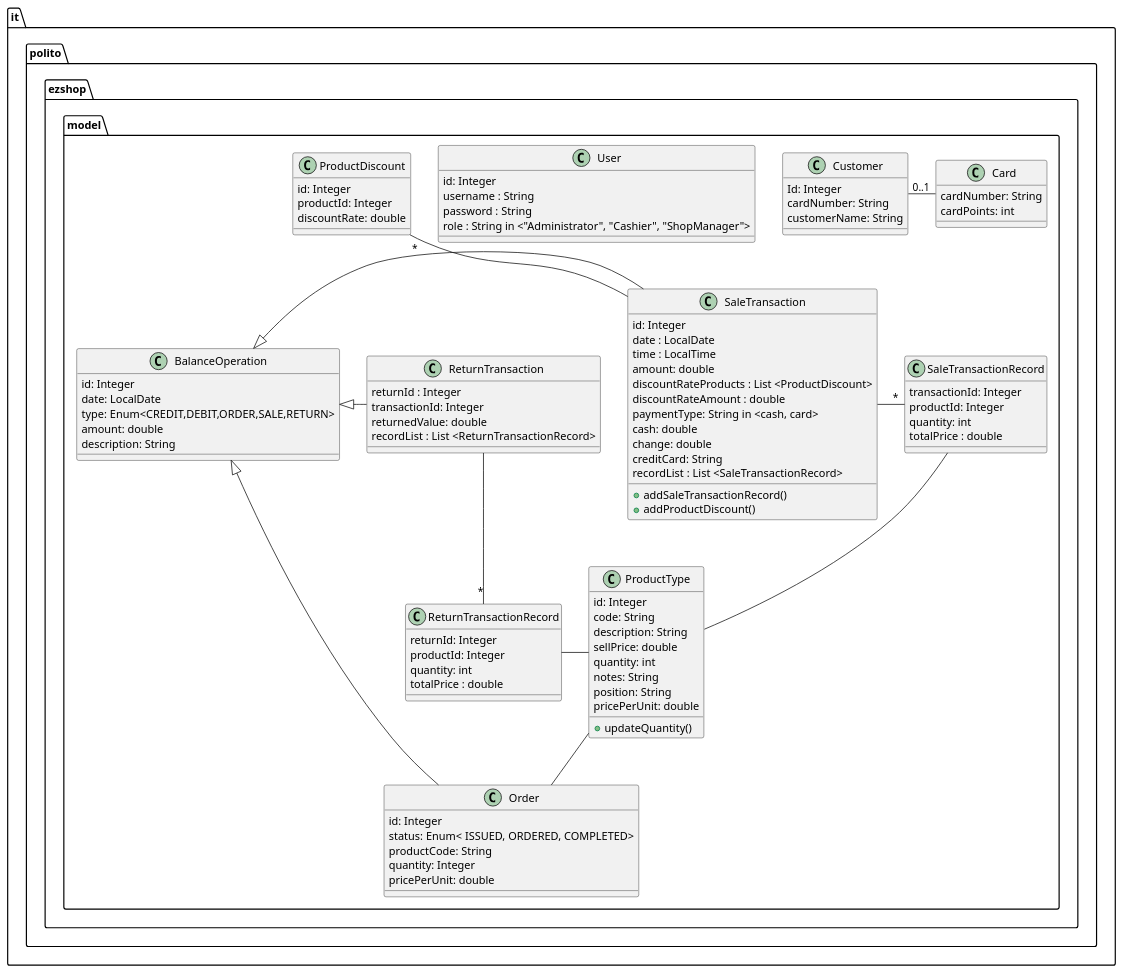
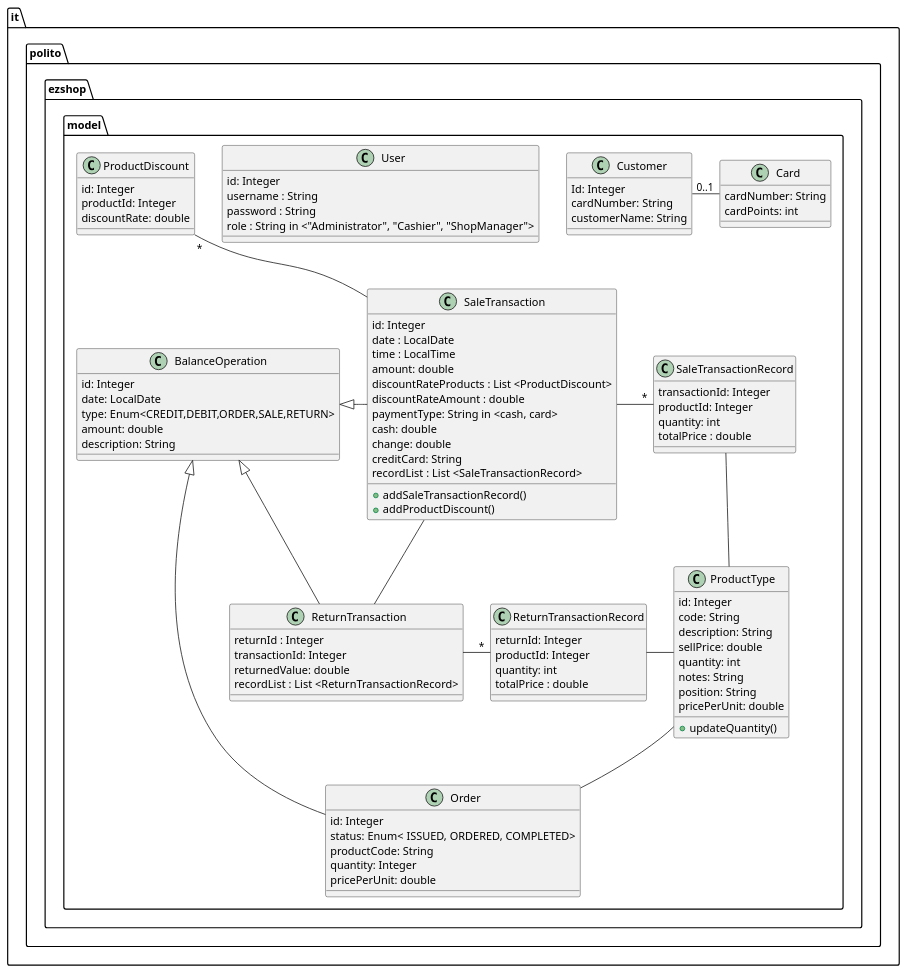
The third of 30 diagrams in Deliverables/DesignDocument.md (paocela/EzShop), drawn with PlantUML before and after one commit. The commit also changed other lines of this file, not shown here.

Commit message:
Updated traceability matrix, class diagram

````diff
--- a/Deliverables/DesignDocument.md
+++ b/Deliverables/DesignDocument.md
@@ -257,5 +257,6 @@
 BalanceOperation ^- SaleTransaction
 BalanceOperation ^- ReturnTransaction
 BalanceOperation ^- Order
+SaleTransaction -- ReturnTransaction
 
 ```
````
